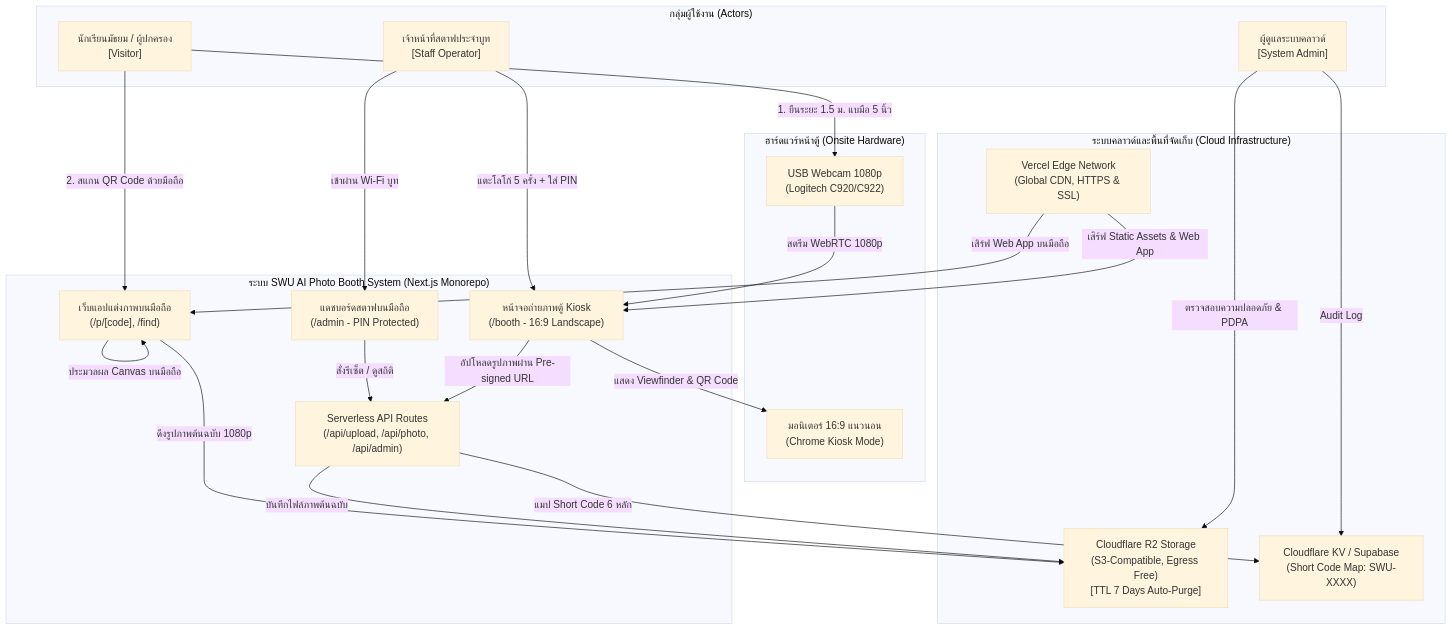
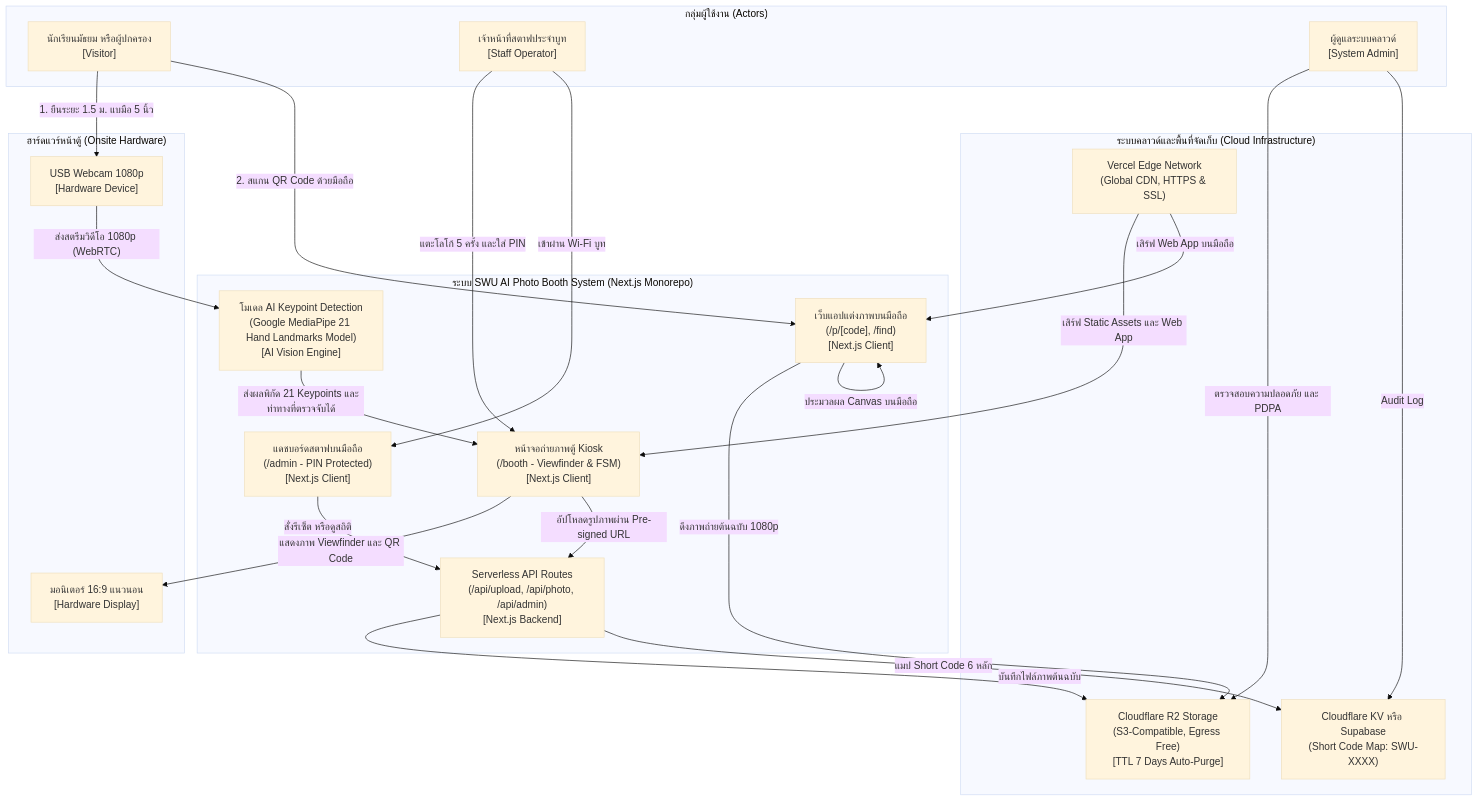
One commit to icelandz9/swu-openhouse changed the first of 13 diagrams in ducument-sathit/task01/system-architecture-and-sequence-flow.md. Above: the diagram before and after it, drawn with Mermaid (base theme). The commit also changed other lines of this file, not shown here.

Commit message:
docs: enrich C4 Context, Container and Component diagrams with AI Keypoint Detection Model pipeline

````diff
--- a/ducument-sathit/task01/system-architecture-and-sequence-flow.md
+++ b/ducument-sathit/task01/system-architecture-and-sequence-flow.md
@@ -25,47 +25,49 @@
 ```mermaid
 flowchart TD
     subgraph Actors["กลุ่มผู้ใช้งาน (Actors)"]
-        V["นักเรียนมัธยม / ผู้ปกครอง<br>[Visitor]"]
+        V["นักเรียนมัธยม หรือผู้ปกครอง<br>[Visitor]"]
         S["เจ้าหน้าที่สตาฟประจำบูท<br>[Staff Operator]"]
         A["ผู้ดูแลระบบคลาวด์<br>[System Admin]"]
     end
 
-    subgraph PhotoBoothSystem["ระบบ SWU AI Photo Booth System (Next.js Monorepo)"]
-        Kiosk["หน้าจอถ่ายภาพตู้ Kiosk<br>(/booth - 16:9 Landscape)"]
-        Mobile["เว็บแอปแต่งภาพบนมือถือ<br>(/p/[code], /find)"]
-        AdminPortal["แดชบอร์ดสตาฟบนมือถือ<br>(/admin - PIN Protected)"]
-        API["Serverless API Routes<br>(/api/upload, /api/photo, /api/admin)"]
+    subgraph HardwareLayer["ฮาร์ดแวร์หน้าตู้ (Onsite Hardware)"]
+        Webcam["USB Webcam 1080p<br>[Hardware Device]"]
+        Screen["มอนิเตอร์ 16:9 แนวนอน<br>[Hardware Display]"]
     end
 
-    subgraph HardwareLayer["ฮาร์ดแวร์หน้าตู้ (Onsite Hardware)"]
-        Webcam["USB Webcam 1080p<br>(Logitech C920/C922)"]
-        Screen["มอนิเตอร์ 16:9 แนวนอน<br>(Chrome Kiosk Mode)"]
+    subgraph PhotoBoothSystem["ระบบ SWU AI Photo Booth System (Next.js Monorepo)"]
+        AI_Model["โมเดล AI Keypoint Detection<br>(Google MediaPipe 21 Hand Landmarks Model)<br>[AI Vision Engine]"]
+        Kiosk["หน้าจอถ่ายภาพตู้ Kiosk<br>(/booth - Viewfinder & FSM)<br>[Next.js Client]"]
+        Mobile["เว็บแอปแต่งภาพบนมือถือ<br>(/p/[code], /find)<br>[Next.js Client]"]
+        AdminPortal["แดชบอร์ดสตาฟบนมือถือ<br>(/admin - PIN Protected)<br>[Next.js Client]"]
+        API["Serverless API Routes<br>(/api/upload, /api/photo, /api/admin)<br>[Next.js Backend]"]
     end
 
     subgraph CloudLayer["ระบบคลาวด์และพื้นที่จัดเก็บ (Cloud Infrastructure)"]
         R2["Cloudflare R2 Storage<br>(S3-Compatible, Egress Free)<br>[TTL 7 Days Auto-Purge]"]
         VercelEdge["Vercel Edge Network<br>(Global CDN, HTTPS & SSL)"]
-        KV["Cloudflare KV / Supabase<br>(Short Code Map: SWU-XXXX)"]
+        KV["Cloudflare KV หรือ Supabase<br>(Short Code Map: SWU-XXXX)"]
     end
 
-    V -->|1. ยืนระยะ 1.5 ม. แบมือ 5 นิ้ว| Webcam
-    Webcam -->|สตรีม WebRTC 1080p| Kiosk
-    Kiosk -->|แสดง Viewfinder & QR Code| Screen
-    V -->|2. สแกน QR Code ด้วยมือถือ| Mobile
+    V -->|"1. ยืนระยะ 1.5 ม. แบมือ 5 นิ้ว"| Webcam
+    Webcam -->|"ส่งสตรีมวิดีโอ 1080p (WebRTC)"| AI_Model
+    AI_Model -->|"ส่งผลพิกัด 21 Keypoints และท่าทางที่ตรวจจับได้"| Kiosk
+    Kiosk -->|"แสดงภาพ Viewfinder และ QR Code"| Screen
+    V -->|"2. สแกน QR Code ด้วยมือถือ"| Mobile
 
-    Mobile -->|ดึงรูปภาพต้นฉบับ 1080p| R2
-    Mobile -->|ประมวลผล Canvas บนมือถือ| Mobile
+    Mobile -->|"ดึงภาพถ่ายต้นฉบับ 1080p"| R2
+    Mobile -->|"ประมวลผล Canvas บนมือถือ"| Mobile
 
-    S -->|แตะโลโก้ 5 ครั้ง + ใส่ PIN| Kiosk
-    S -->|เข้าผ่าน Wi-Fi บูท| AdminPortal
-    AdminPortal -->|สั่งรีเซ็ต / ดูสถิติ| API
+    S -->|"แตะโลโก้ 5 ครั้ง และใส่ PIN"| Kiosk
+    S -->|"เข้าผ่าน Wi-Fi บูท"| AdminPortal
+    AdminPortal -->|"สั่งรีเซ็ต หรือดูสถิติ"| API
 
-    A -->|ตรวจสอบความปลอดภัย & PDPA| R2
-    A -->|Audit Log| KV
+    A -->|"ตรวจสอบความปลอดภัย และ PDPA"| R2
+    A -->|"Audit Log"| KV
 
-    Kiosk -->|อัปโหลดรูปภาพผ่าน Pre-signed URL| API
-    API -->|บันทึกไฟล์ภาพต้นฉบับ| R2
-    API -->|แมป Short Code 6 หลัก| KV
-    VercelEdge -->|เสิร์ฟ Static Assets & Web App| Kiosk
-    VercelEdge -->|เสิร์ฟ Web App บนมือถือ| Mobile
+    Kiosk -->|"อัปโหลดรูปภาพผ่าน Pre-signed URL"| API
+    API -->|"บันทึกไฟล์ภาพต้นฉบับ"| R2
+    API -->|"แมป Short Code 6 หลัก"| KV
+    VercelEdge -->|"เสิร์ฟ Static Assets และ Web App"| Kiosk
+    VercelEdge -->|"เสิร์ฟ Web App บนมือถือ"| Mobile
 ```
````
